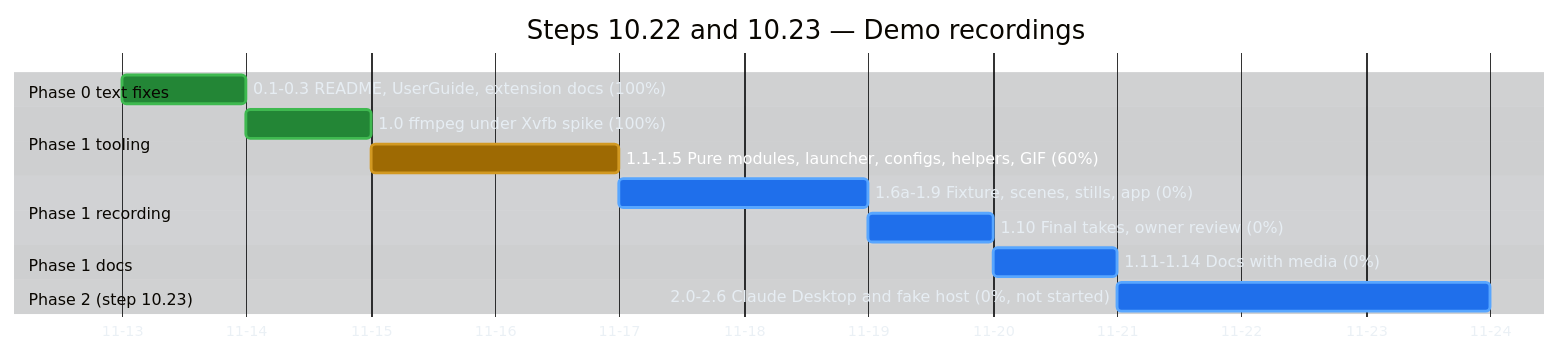
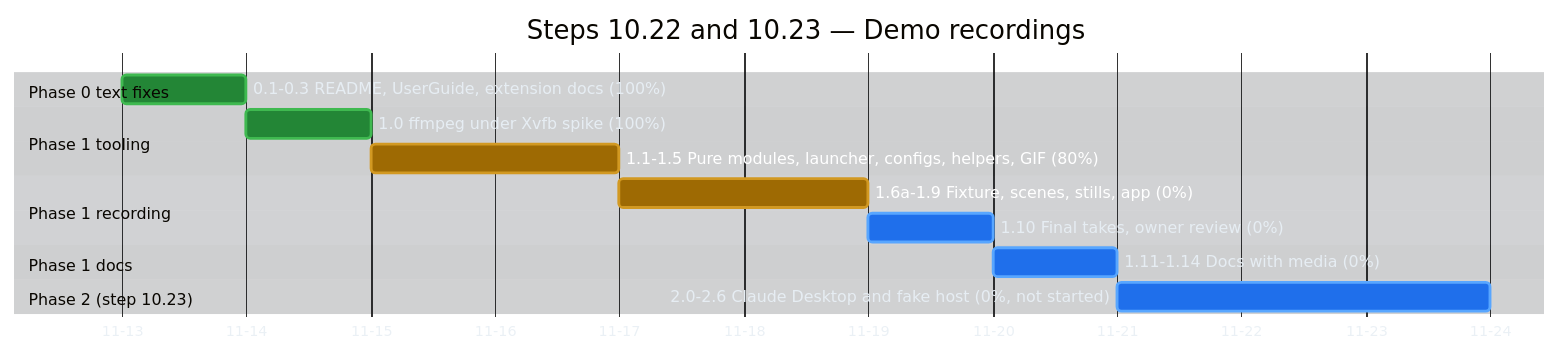
One commit to raulkivi/agent-cost-analyzer changed the second of 4 diagrams in docs/implementation-plan-gantt.md. Above: the diagram before and after it, drawn with Mermaid. The commit also changed other lines of this file and 1 other file, not shown here.

Commit message:
docs(10.22): 1.3 and 1.9 merged; W scenes move to x11grab

````diff
--- a/docs/implementation-plan-gantt.md
+++ b/docs/implementation-plan-gantt.md
@@ -135,51 +135,51 @@
 ```mermaid
 %%{init: {
   "theme": "base",
   "themeVariables": {
     "darkMode": true,
     "background": "#0d1117",
     "textColor": "#e6edf3",
     "primaryTextColor": "#e6edf3",
     "lineColor": "#8b949e",
     "sectionBkgColor": "#161b22",
     "sectionBkgColor2": "#1c2129",
     "altSectionBkgColor": "#0d1117",
     "gridColor": "#30363d",
     "excludeBkgColor": "#161b22",
     "todayLineColor": "#f85149",
     "taskBkgColor": "#1f6feb",
     "taskBorderColor": "#58a6ff",
     "taskTextColor": "#ffffff",
     "taskTextLightColor": "#ffffff",
     "taskTextDarkColor": "#ffffff",
     "taskTextOutsideColor": "#e6edf3",
     "doneTaskBkgColor": "#238636",
     "doneTaskBorderColor": "#3fb950",
     "activeTaskBkgColor": "#9e6a03",
     "activeTaskBorderColor": "#d29922",
     "critBkgColor": "#da3633",
     "critBorderColor": "#f85149"
   }
 }}%%
 gantt
     title Steps 10.22 and 10.23 — Demo recordings
     dateFormat YYYY-MM-DD
     axisFormat %m-%d
 
     section Phase 0 text fixes
     0.1-0.3 README, UserGuide, extension docs (100%) :done, d0, 2026-11-13, 1d
 
     section Phase 1 tooling
     1.0 ffmpeg under Xvfb spike (100%)              :done, d10, after d0, 1d
-    1.1-1.5 Pure modules, launcher, configs, helpers, GIF (60%) :active, d11, after d10, 2d
+    1.1-1.5 Pure modules, launcher, configs, helpers, GIF (80%) :active, d11, after d10, 2d
 
     section Phase 1 recording
-    1.6a-1.9 Fixture, scenes, stills, app (0%)      :d16, after d11, 2d
+    1.6a-1.9 Fixture, scenes, stills, app (0%)      :active, d16, after d11, 2d
     1.10 Final takes, owner review (0%)            :d110, after d16, 1d
 
     section Phase 1 docs
     1.11-1.14 Docs with media (0%)                 :d111, after d110, 1d
 
     section Phase 2 (step 10.23)
     2.0-2.6 Claude Desktop and fake host (0%, not started) :d20, after d111, 3d
 ```
````
